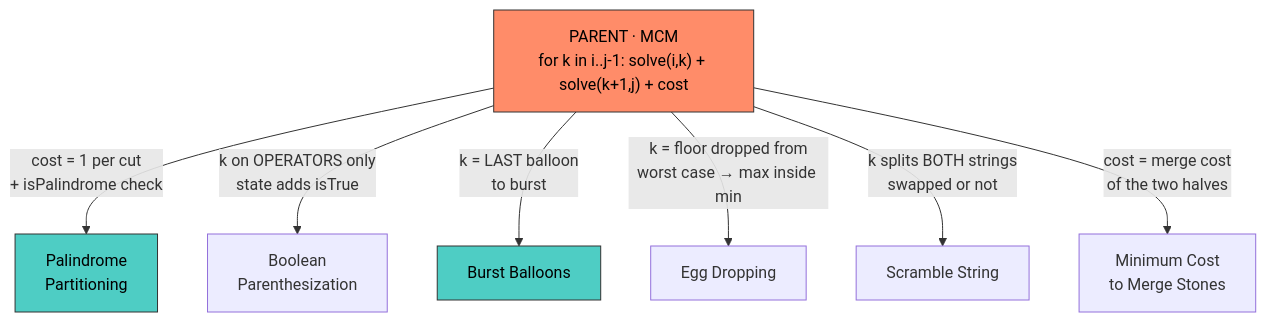
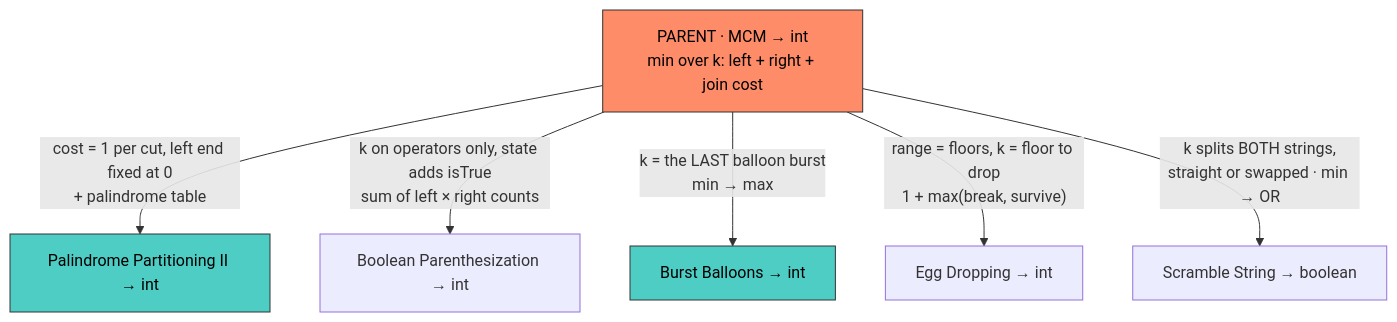
Before and after one commit to Hmago/ml4: the eighth of 8 diagrams in content/31c_dynamic_programming.md, drawn with Mermaid. The commit also changed other lines of this file and 189 other files, not shown here.

````diff
--- a/content/31c_dynamic_programming.md
+++ b/content/31c_dynamic_programming.md
@@ -4352,13 +4136,12 @@
 ```mermaid
 flowchart TD
-    M["PARENT · MCM<br/>for k in i..j-1: solve(i,k) + solve(k+1,j) + cost"]
-    M -->|"cost = 1 per cut<br/>+ isPalindrome check"| PP[Palindrome<br/>Partitioning]
-    M -->|"k on OPERATORS only<br/>state adds isTrue"| BP[Boolean<br/>Parenthesization]
-    M -->|"k = LAST balloon<br/>to burst"| BB[Burst Balloons]
-    M -->|"k = floor dropped from<br/>worst case → max inside min"| EG[Egg Dropping]
-    M -->|"k splits BOTH strings<br/>swapped or not"| SS[Scramble String]
-    M -->|"cost = merge cost<br/>of the two halves"| MS[Minimum Cost<br/>to Merge Stones]
-    style M fill:#ff8c69,stroke:#333,color:#000
+    P["PARENT · MCM → int<br/>min over k: left + right + join cost"]
+    P -->|"cost = 1 per cut, left end fixed at 0<br/>+ palindrome table"| PP["Palindrome Partitioning II → int"]
+    P -->|"k on operators only, state adds isTrue<br/>sum of left × right counts"| BP["Boolean Parenthesization → int"]
+    P -->|"k = the LAST balloon burst<br/>min → max"| BB["Burst Balloons → int"]
+    P -->|"range = floors, k = floor to drop<br/>1 + max(break, survive)"| EG["Egg Dropping → int"]
+    P -->|"k splits BOTH strings,<br/>straight or swapped · min → OR"| SS["Scramble String → boolean"]
+    style P fill:#ff8c69,stroke:#333,color:#000
     style PP fill:#4ecdc4,stroke:#333,color:#000
     style BB fill:#4ecdc4,stroke:#333,color:#000
 ```
````
